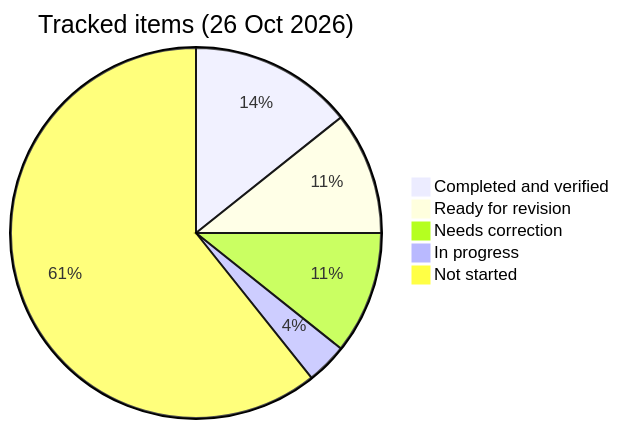
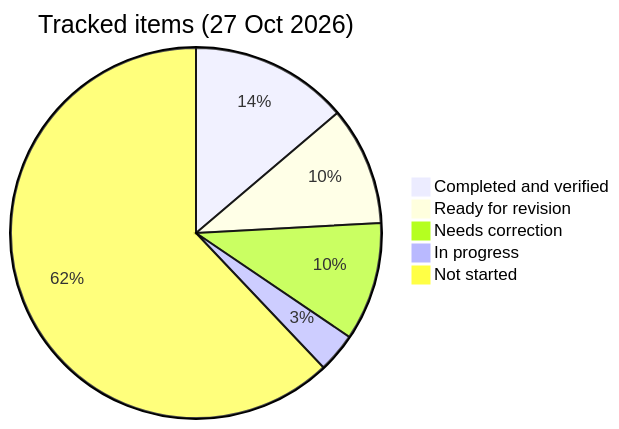
The diagram in PROGRESS.md (PrashantSury/java-switch-journey), drawn with Mermaid before and after one commit. The commit also changed other lines of this file and 3 other files, not shown here.

````diff
--- a/PROGRESS.md
+++ b/PROGRESS.md
@@ -96,8 +119,8 @@
 ```mermaid
-pie title Tracked items (26 Oct 2026)
+pie title Tracked items (27 Oct 2026)
   "Completed and verified" : 4
   "Ready for revision" : 3
   "Needs correction" : 3
   "In progress" : 1
-  "Not started" : 17
+  "Not started" : 18
 ```
````
